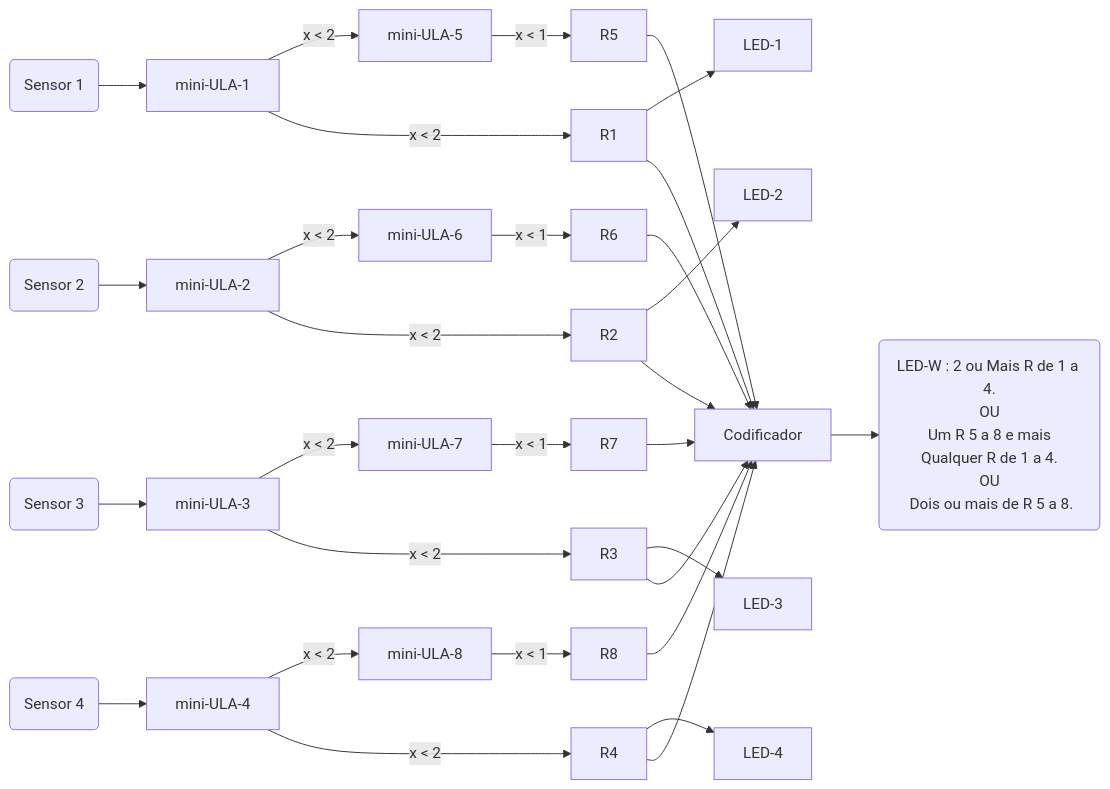
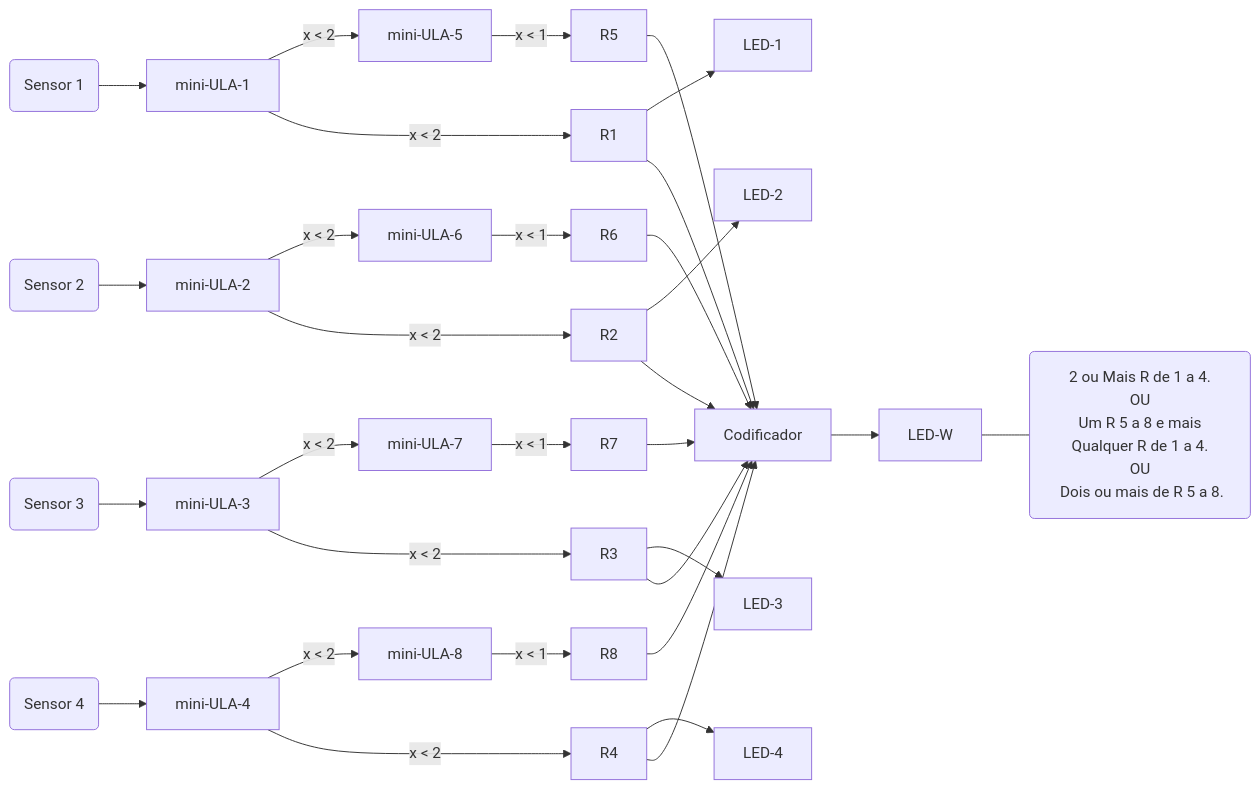
The second of 2 diagrams in README.md (Enzo0100/Solar-Quality), drawn with Mermaid before and after one commit.

````diff
--- a/README.md
+++ b/README.md
@@ -82,32 +82,33 @@
 ```mermaid
 graph LR; 
 sensorA(Sensor 1)-->mini-ULA-1
 sensorB(Sensor 2)-->mini-ULA-2
 sensorC(Sensor 3)-->mini-ULA-3
 sensorD(Sensor 4)-->mini-ULA-4
 mini-ULA-1-->|x < 2|mini-ULA-5
 mini-ULA-2-->|x < 2|mini-ULA-6
 mini-ULA-3-->|x < 2|mini-ULA-7
 mini-ULA-4-->|x < 2|mini-ULA-8
 mini-ULA-1-->|x < 2|R1
 mini-ULA-2-->|x < 2|R2
 mini-ULA-3-->|x < 2|R3
 mini-ULA-4-->|x < 2|R4
 mini-ULA-5-->|x < 1|R5
 mini-ULA-6-->|x < 1|R6
 mini-ULA-7-->|x < 1|R7
 mini-ULA-8-->|x < 1|R8
 R1-->LED-1
 R2-->LED-2
 R3-->LED-3
 R4-->LED-4
 R1-->Codificador
 R2-->Codificador
 R3-->Codificador
 R4-->Codificador
 R5-->Codificador
 R6-->Codificador
 R7-->Codificador
 R8-->Codificador
-Codificador-->led(LED-W : 2 ou Mais R de 1 a 4.\nOU\n Um R 5 a 8 e mais Qualquer R de 1 a 4.\nOU\n Dois ou mais de R 5 a 8.)
+Codificador-->LED-W
+LED-W---led(2 ou Mais R de 1 a 4.\nOU\n Um R 5 a 8 e mais Qualquer R de 1 a 4.\nOU\n Dois ou mais de R 5 a 8.)
 ```
````
